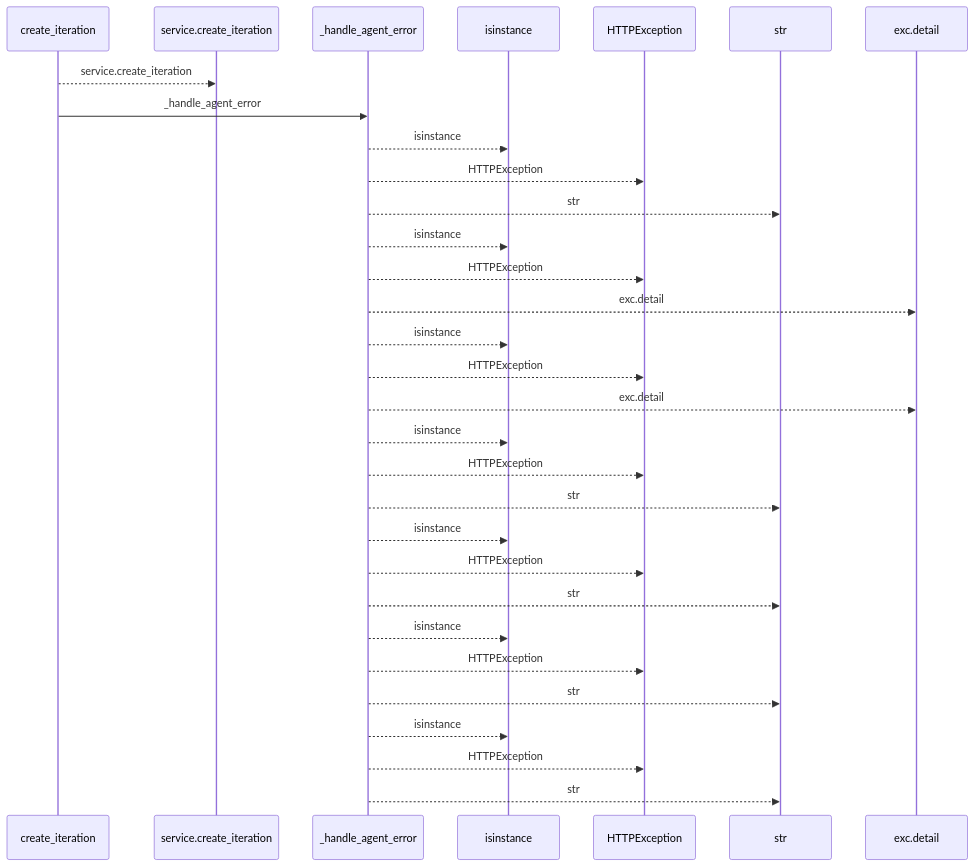
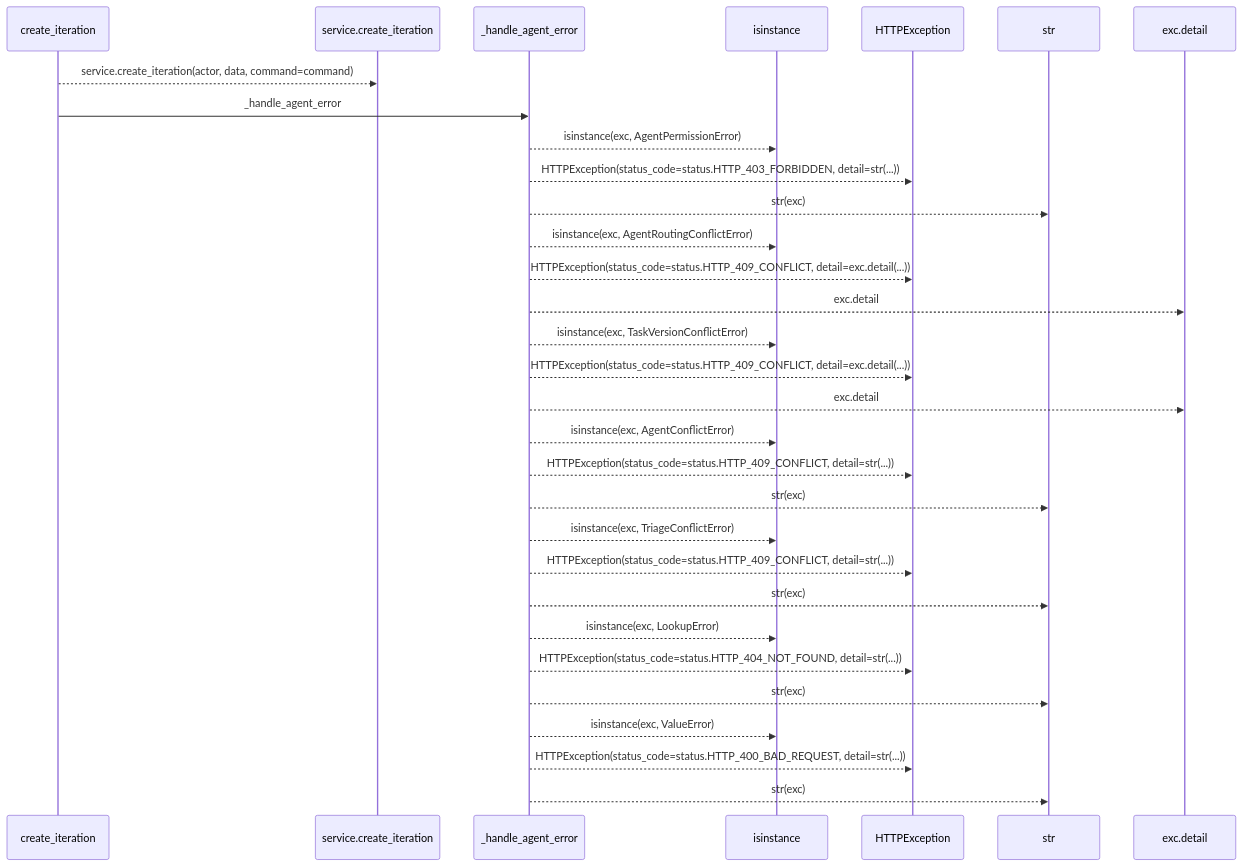
One commit to Denissvgn/WorkChord changed the first of 2 diagrams in docs/llm_wiki/flows/http-create_iteration-agent_planning.md. Above: the diagram before and after it, drawn with Mermaid. The commit also changed other lines of this file and 25171 other files, not shown here.

````diff
--- a/docs/llm_wiki/flows/http-create_iteration-agent_planning.md
+++ b/docs/llm_wiki/flows/http-create_iteration-agent_planning.md
@@ -10,33 +12,33 @@
 ```mermaid
 sequenceDiagram
     participant p0 as create_iteration
     participant p1 as service.create_iteration
     participant p2 as _handle_agent_error
     participant p3 as isinstance
     participant p4 as HTTPException
     participant p5 as str
     participant p6 as exc.detail
-    p0-->>p1: service.create_iteration
+    p0-->>p1: service.create_iteration(actor, data, command=command)
     p0->>p2: _handle_agent_error
-    p2-->>p3: isinstance
-    p2-->>p4: HTTPException
-    p2-->>p5: str
-    p2-->>p3: isinstance
-    p2-->>p4: HTTPException
+    p2-->>p3: isinstance(exc, AgentPermissionError)
+    p2-->>p4: HTTPException(status_code=status.HTTP_403_FORBIDDEN, detail=str(...))
+    p2-->>p5: str(exc)
+    p2-->>p3: isinstance(exc, AgentRoutingConflictError)
+    p2-->>p4: HTTPException(status_code=status.HTTP_409_CONFLICT, detail=exc.detail(...))
     p2-->>p6: exc.detail
-    p2-->>p3: isinstance
-    p2-->>p4: HTTPException
+    p2-->>p3: isinstance(exc, TaskVersionConflictError)
+    p2-->>p4: HTTPException(status_code=status.HTTP_409_CONFLICT, detail=exc.detail(...))
     p2-->>p6: exc.detail
-    p2-->>p3: isinstance
-    p2-->>p4: HTTPException
-    p2-->>p5: str
-    p2-->>p3: isinstance
-    p2-->>p4: HTTPException
-    p2-->>p5: str
-    p2-->>p3: isinstance
-    p2-->>p4: HTTPException
-    p2-->>p5: str
-    p2-->>p3: isinstance
-    p2-->>p4: HTTPException
-    p2-->>p5: str
+    p2-->>p3: isinstance(exc, AgentConflictError)
+    p2-->>p4: HTTPException(status_code=status.HTTP_409_CONFLICT, detail=str(...))
+    p2-->>p5: str(exc)
+    p2-->>p3: isinstance(exc, TriageConflictError)
+    p2-->>p4: HTTPException(status_code=status.HTTP_409_CONFLICT, detail=str(...))
+    p2-->>p5: str(exc)
+    p2-->>p3: isinstance(exc, LookupError)
+    p2-->>p4: HTTPException(status_code=status.HTTP_404_NOT_FOUND, detail=str(...))
+    p2-->>p5: str(exc)
+    p2-->>p3: isinstance(exc, ValueError)
+    p2-->>p4: HTTPException(status_code=status.HTTP_400_BAD_REQUEST, detail=str(...))
+    p2-->>p5: str(exc)
 ```
````
